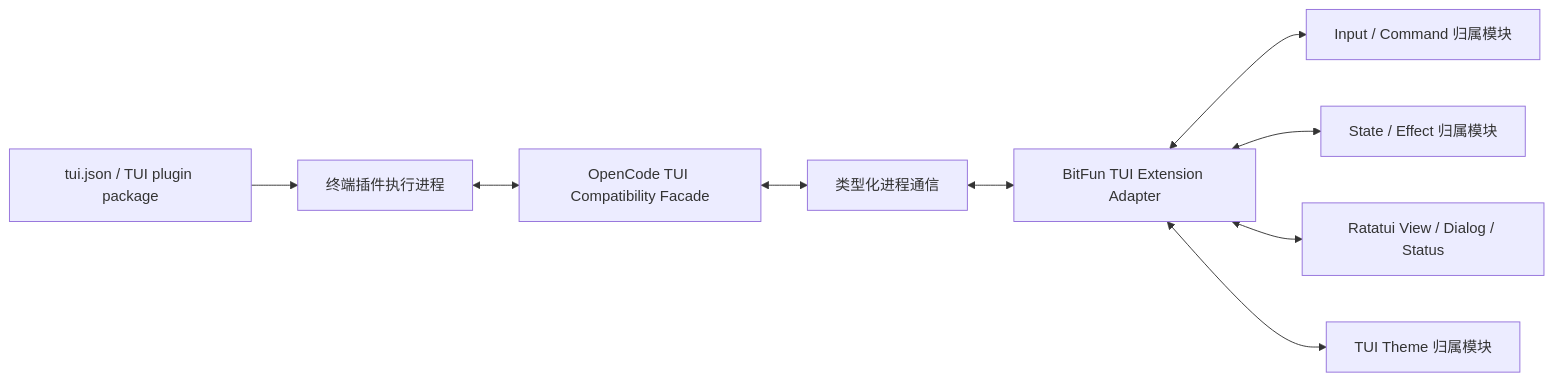
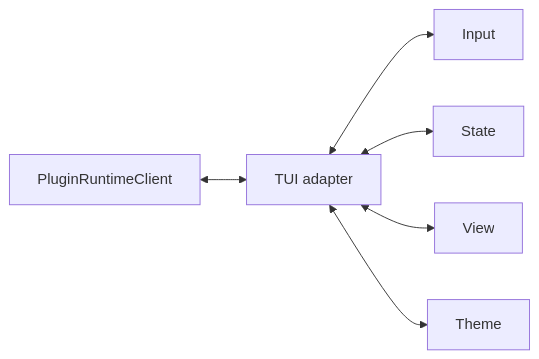
The second of 2 diagrams in docs/architecture/extensions/opencode-tui-plugin-adapter-design.md (1688mengdie/BitFun), drawn with Mermaid before and after one commit. The commit also changed other lines of this file and 61 other files, not shown here.

````diff
--- a/docs/architecture/extensions/opencode-tui-plugin-adapter-design.md
+++ b/docs/architecture/extensions/opencode-tui-plugin-adapter-design.md
@@ -51,21 +60,8 @@
 ```mermaid
 flowchart LR
-  Config["tui.json / TUI plugin package"]
-  TuiWorker["终端插件执行进程"]
-  TuiFacade["OpenCode TUI Compatibility Facade"]
-  Bridge["类型化进程通信"]
-  Adapter["BitFun TUI Extension Adapter"]
-  Input["Input / Command 归属模块"]
-  State["State / Effect 归属模块"]
-  View["Ratatui View / Dialog / Status"]
-  Theme["TUI Theme 归属模块"]
-
-  Config --> TuiWorker
-  TuiWorker <--> TuiFacade
-  TuiFacade <--> Bridge
-  Bridge <--> Adapter
-  Adapter <--> Input
-  Adapter <--> State
-  Adapter <--> View
-  Adapter <--> Theme
+  Client["PluginRuntimeClient"] <--> Adapter["TUI adapter"]
+  Adapter <--> Input["Input"]
+  Adapter <--> State["State"]
+  Adapter <--> View["View"]
+  Adapter <--> Theme["Theme"]
 ```
````
